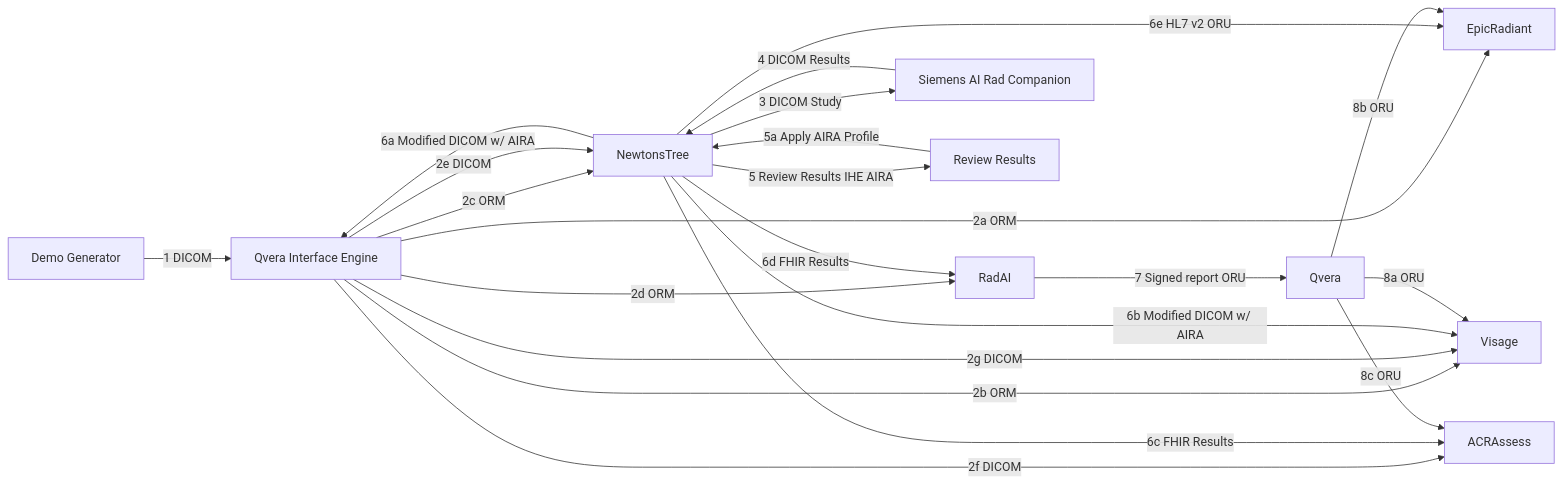
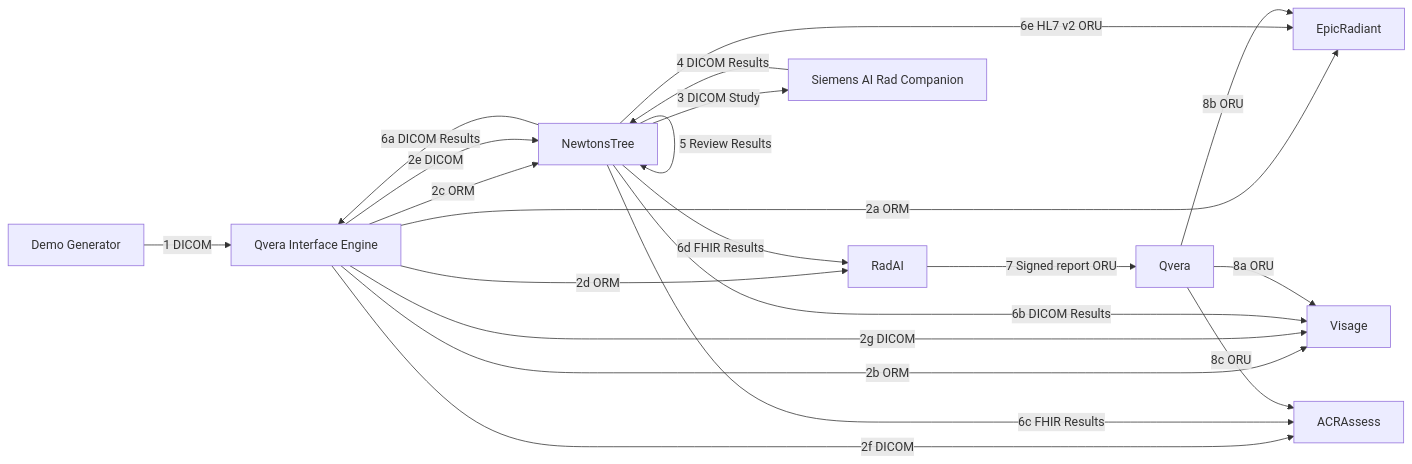
Before and after one commit to amadeuspzs/rsna-rr-demo-diagrams: the diagram in lauterbur-brain-mr.md, drawn with Mermaid. The commit also changed other lines of this file, not shown here.

Commit message:
sync: align flow with in-person testing

````diff
--- a/lauterbur-brain-mr.md
+++ b/lauterbur-brain-mr.md
@@ -6,31 +6,30 @@
 ```mermaid
 flowchart LR
     Generator[Demo Generator] --> |1 DICOM| QveraIE[Qvera Interface Engine]
 
     QveraIE --> |2a ORM| EpicRadiant
     QveraIE --> |2b ORM| Visage
     QveraIE --> |2c ORM| NewtonsTree
     QveraIE --> |2d ORM| RadAI
     QveraIE --> |2e DICOM| NewtonsTree
     QveraIE --> |2f DICOM| ACRAssess
     QveraIE --> |2g DICOM| Visage
 
     NewtonsTree --> |3 DICOM Study| SiemensAIRC[Siemens AI Rad Companion]
 
     SiemensAIRC --> |4 DICOM Results| NewtonsTree
 
-    NewtonsTree --> |5 Review Results IHE AIRA| ReviewResults[Review Results]
-    ReviewResults --> |5a Apply AIRA Profile| NewtonsTree
+    NewtonsTree --> |5 Review Results| NewtonsTree
 
-    NewtonsTree --> |6a Modified DICOM w/ AIRA| QveraIE
-    NewtonsTree --> |6b Modified DICOM w/ AIRA| Visage
+    NewtonsTree --> |6a DICOM Results| QveraIE
+    NewtonsTree --> |6b DICOM Results| Visage
     NewtonsTree --> |6c FHIR Results| ACRAssess
     NewtonsTree --> |6d FHIR Results| RadAI
     NewtonsTree --> |6e HL7 v2 ORU| EpicRadiant
 
     RadAI --> |7 Signed report ORU| Qvera
 
     Qvera --> |8a ORU| Visage
     Qvera --> |8b ORU| EpicRadiant
     Qvera --> |8c ORU| ACRAssess  
 ```
````
